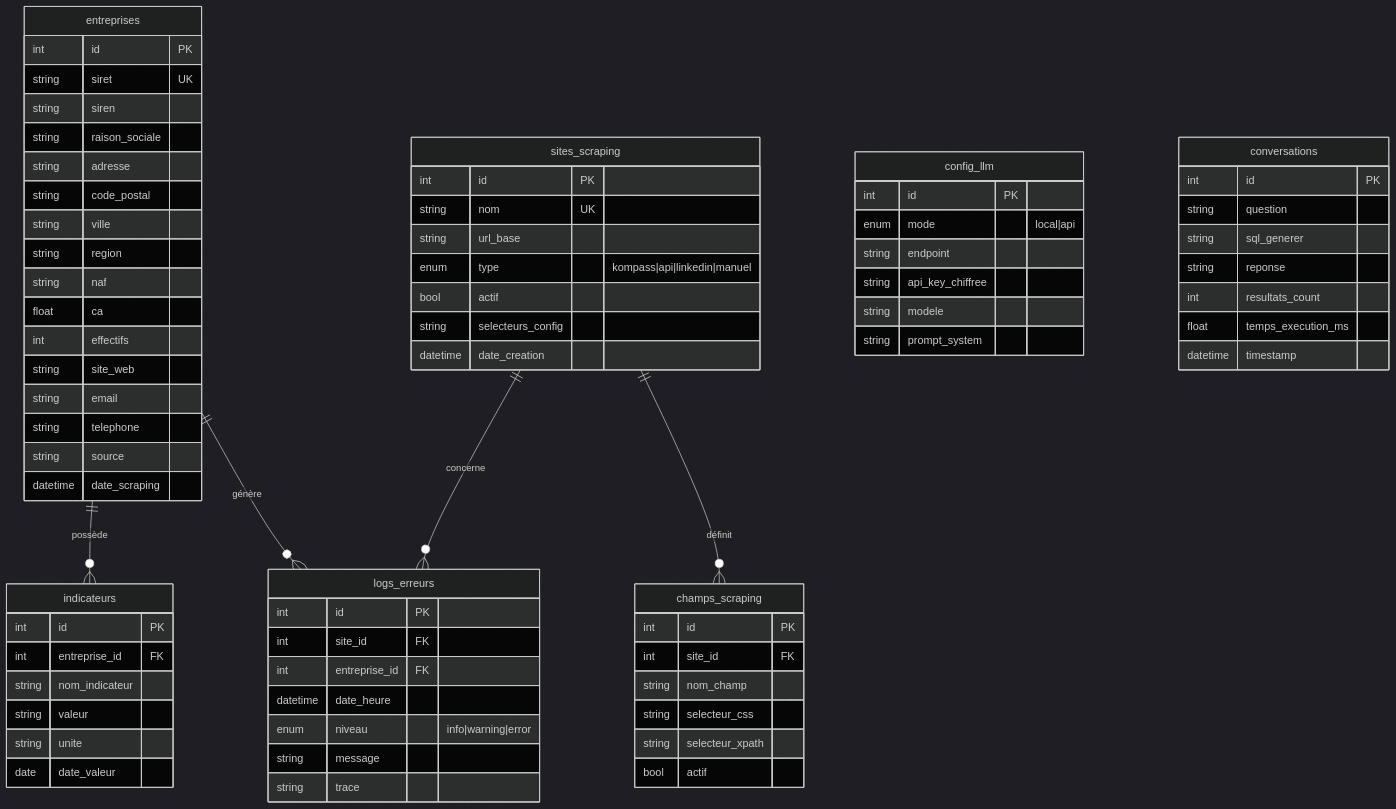
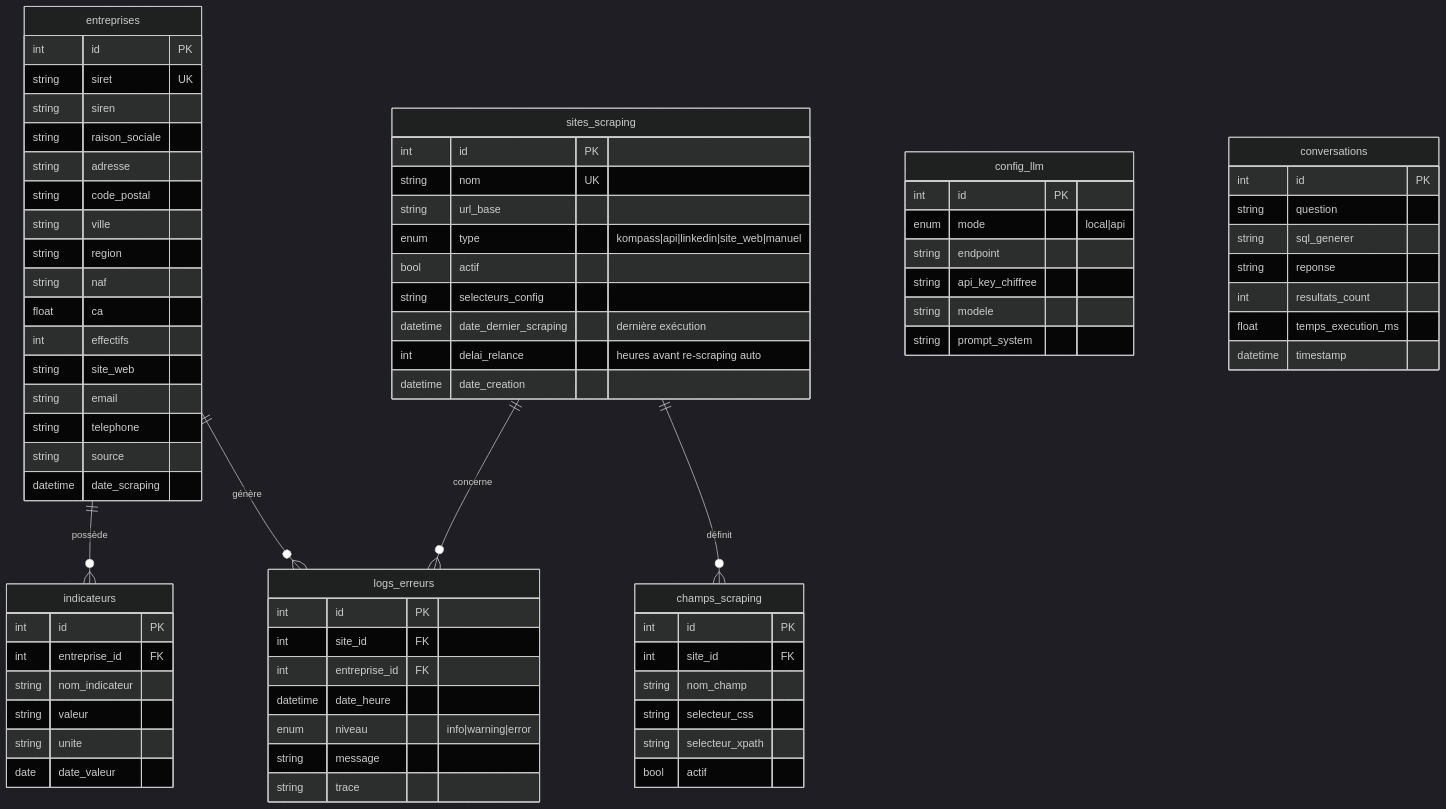
Before and after one commit to Louison-code/Projet-G1-G2: the fourth of 6 diagrams in 00_GESTION_DE_PROJET/01_Cadrage/Architecture_Complete.md, drawn with Mermaid (dark theme). The commit also changed other lines of this file and 1 other file, not shown here.

Commit message:
Description de l'architecture complete de l'outil finale (fichier .md)

```diff
--- a/00_GESTION_DE_PROJET/01_Cadrage/Architecture_Complete.md
+++ b/00_GESTION_DE_PROJET/01_Cadrage/Architecture_Complete.md
@@ -482,9 +664,11 @@
         int id PK
         string nom UK
         string url_base
-        enum type "kompass|api|linkedin|manuel"
+        enum type "kompass|api|linkedin|site_web|manuel"
         bool actif
         string selecteurs_config
+        datetime date_dernier_scraping "dernière exécution"
+        int delai_relance "heures avant re-scraping auto"
         datetime date_creation
     }
 
```
